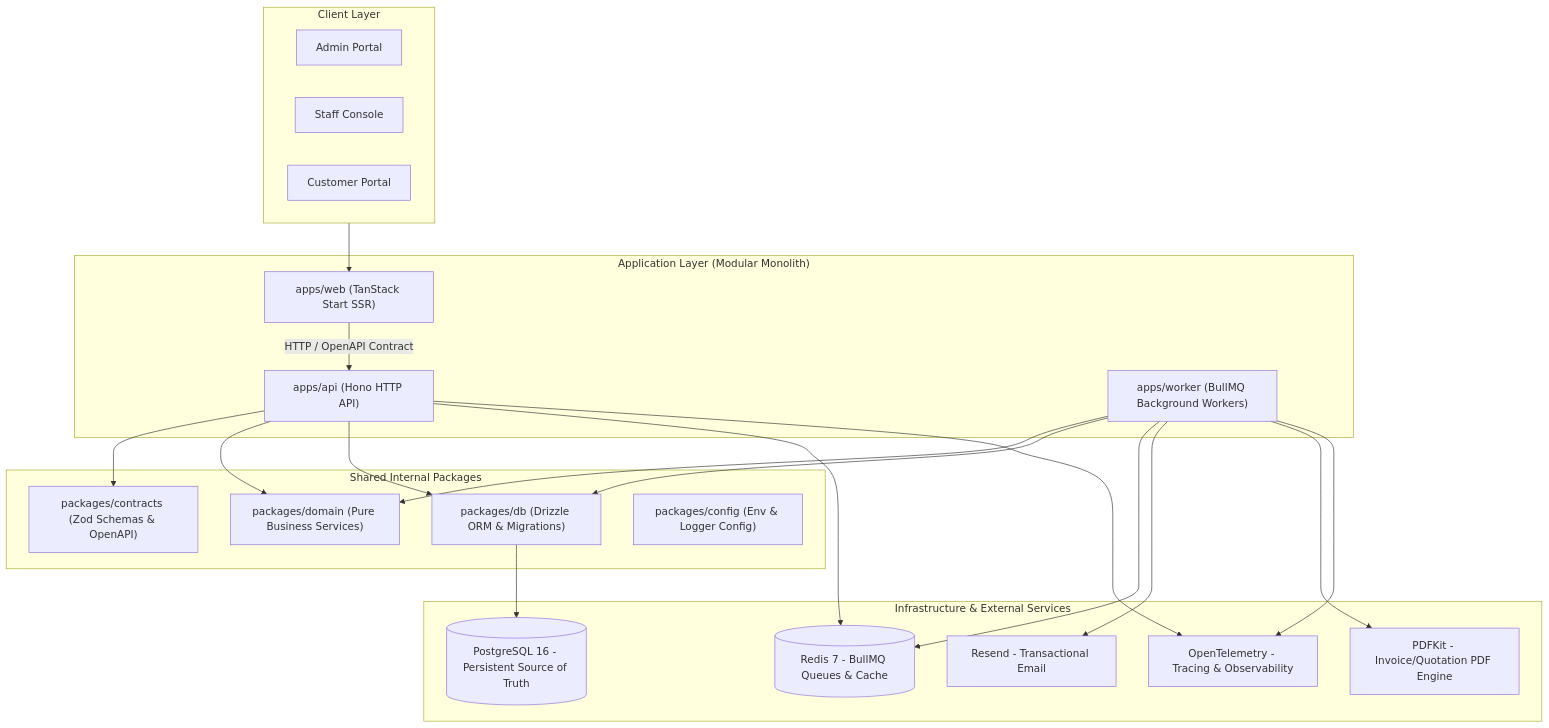
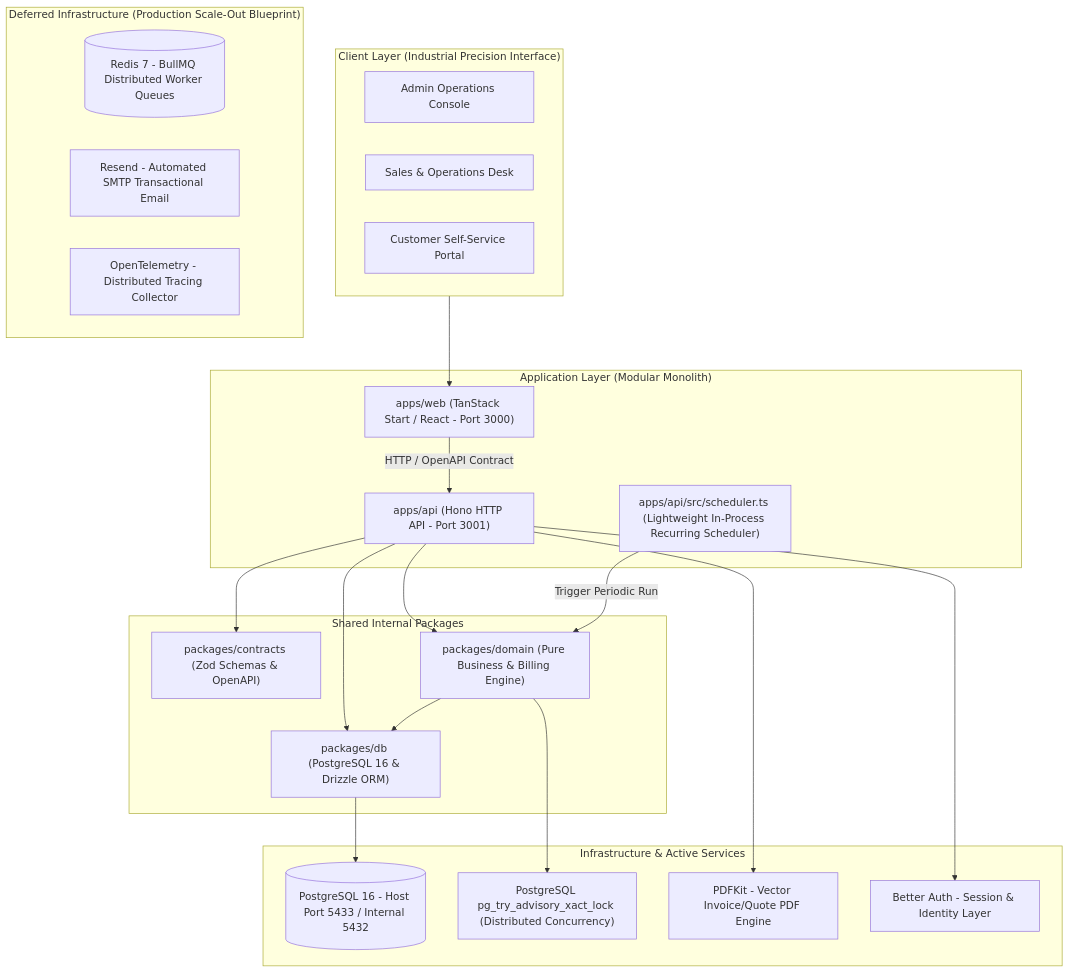
The diagram in docs/README.md (JVN321/subscription-management), drawn with Mermaid before and after one commit. The commit also changed other lines of this file and 7 other files, not shown here.

Commit message:
docs(agents): embed full 17-section UI deslopification standard and update architecture docs

````diff
--- a/docs/README.md
+++ b/docs/README.md
@@ -11,46 +11,46 @@
 ```mermaid
 flowchart TD
-    subgraph ClientLayer ["Client Layer"]
-        U_ADMIN["Admin Portal"]
-        U_STAFF["Staff Console"]
-        U_CUST["Customer Portal"]
+    subgraph ClientLayer ["Client Layer (Industrial Precision Interface)"]
+        U_ADMIN["Admin Operations Console"]
+        U_STAFF["Sales & Operations Desk"]
+        U_CUST["Customer Self-Service Portal"]
     end
 
     subgraph AppLayer ["Application Layer (Modular Monolith)"]
-        WEB["apps/web (TanStack Start SSR)"]
-        API["apps/api (Hono HTTP API)"]
-        WORKER["apps/worker (BullMQ Background Workers)"]
+        WEB["apps/web (TanStack Start / React - Port 3000)"]
+        API["apps/api (Hono HTTP API - Port 3001)"]
+        SCHEDULER["apps/api/src/scheduler.ts (Lightweight In-Process Recurring Scheduler)"]
     end
 
     subgraph SharedPackages ["Shared Internal Packages"]
-        PKG_DB["packages/db (Drizzle ORM & Migrations)"]
+        PKG_DB["packages/db (PostgreSQL 16 & Drizzle ORM)"]
         PKG_CONTRACTS["packages/contracts (Zod Schemas & OpenAPI)"]
-        PKG_DOMAIN["packages/domain (Pure Business Services)"]
-        PKG_CONFIG["packages/config (Env & Logger Config)"]
+        PKG_DOMAIN["packages/domain (Pure Business & Billing Engine)"]
     end
 
-    subgraph InfraLayer ["Infrastructure & External Services"]
-        PG[(PostgreSQL 16 - Persistent Source of Truth)]
-        REDIS[(Redis 7 - BullMQ Queues & Cache)]
-        RESEND[Resend - Transactional Email]
-        PDFKIT[PDFKit - Invoice/Quotation PDF Engine]
-        OTEL[OpenTelemetry - Tracing & Observability]
+    subgraph InfraLayer ["Infrastructure & Active Services"]
+        PG[(PostgreSQL 16 - Host Port 5433 / Internal 5432)]
+        LOCKS["PostgreSQL pg_try_advisory_xact_lock (Distributed Concurrency)"]
+        PDFKIT["PDFKit - Vector Invoice/Quote PDF Engine"]
+        AUTH["Better Auth - Session & Identity Layer"]
+    end
+
+    subgraph DeferredInfra ["Deferred Infrastructure (Production Scale-Out Blueprint)"]
+        REDIS[(Redis 7 - BullMQ Distributed Worker Queues)]
+        RESEND[Resend - Automated SMTP Transactional Email]
+        OTEL[OpenTelemetry - Distributed Tracing Collector]
     end
 
     ClientLayer --> WEB
     WEB -->|HTTP / OpenAPI Contract| API
+    API --> AUTH
     API --> PKG_CONTRACTS
     API --> PKG_DOMAIN
     API --> PKG_DB
-    API --> REDIS
+    API --> PDFKIT
+    SCHEDULER -->|Trigger Periodic Run| PKG_DOMAIN
 
-    WORKER --> PKG_DOMAIN
-    WORKER --> PKG_DB
-    WORKER --> REDIS
-    WORKER --> RESEND
-    WORKER --> PDFKIT
-
+    PKG_DOMAIN --> PKG_DB
     PKG_DB --> PG
-    API --> OTEL
-    WORKER --> OTEL
+    PKG_DOMAIN --> LOCKS
 ```
````
